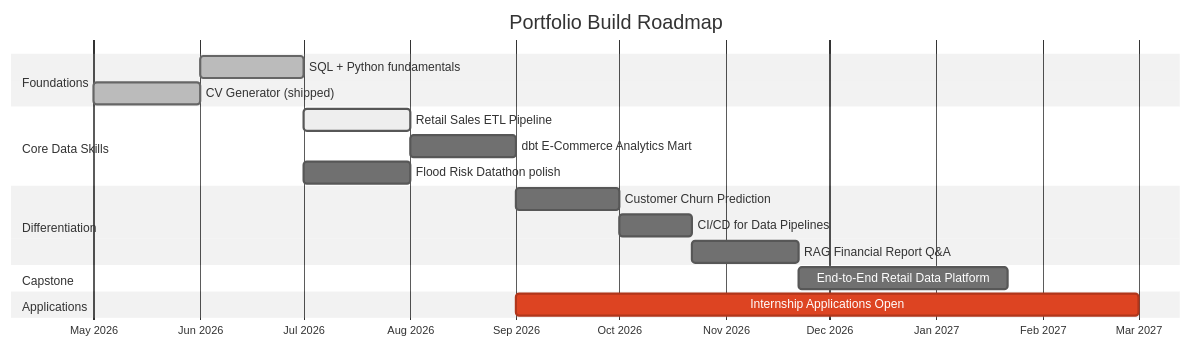
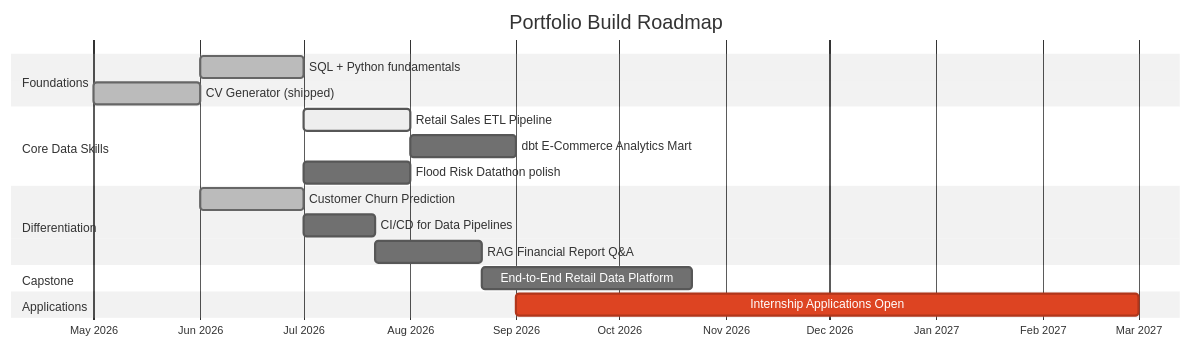
Before and after one commit to suryalionael/Lionael-Surya: the second of 2 diagrams in README.md, drawn with Mermaid (neutral theme). The commit also changed other lines of this file and 41 other files, not shown here.

Commit message:
Add customer churn project to portfolio

````diff
--- a/README.md
+++ b/README.md
@@ -221,26 +221,26 @@
 ```mermaid
 gantt
     dateFormat  YYYY-MM
     axisFormat  %b %Y
     title Portfolio Build Roadmap
 
     section Foundations
     SQL + Python fundamentals        :done, f1, 2026-06, 1M
     CV Generator (shipped)           :done, f2, 2026-05, 1M
 
     section Core Data Skills
     Retail Sales ETL Pipeline        :active, d1, 2026-07, 1M
     dbt E-Commerce Analytics Mart    :d2, after d1, 1M
     Flood Risk Datathon polish       :d3, 2026-07, 1M
 
     section Differentiation
-    Customer Churn Prediction        :m1, after d2, 1M
+    Customer Churn Prediction        :done, m1, 2026-06, 1M
     CI/CD for Data Pipelines         :c1, after m1, 3w
     RAG Financial Report Q&A         :a1, after c1, 1M
 
     section Capstone
     End-to-End Retail Data Platform  :cap1, after a1, 2M
 
     section Applications
     Internship Applications Open     :crit, app1, 2026-09, 6M
 ```
````
